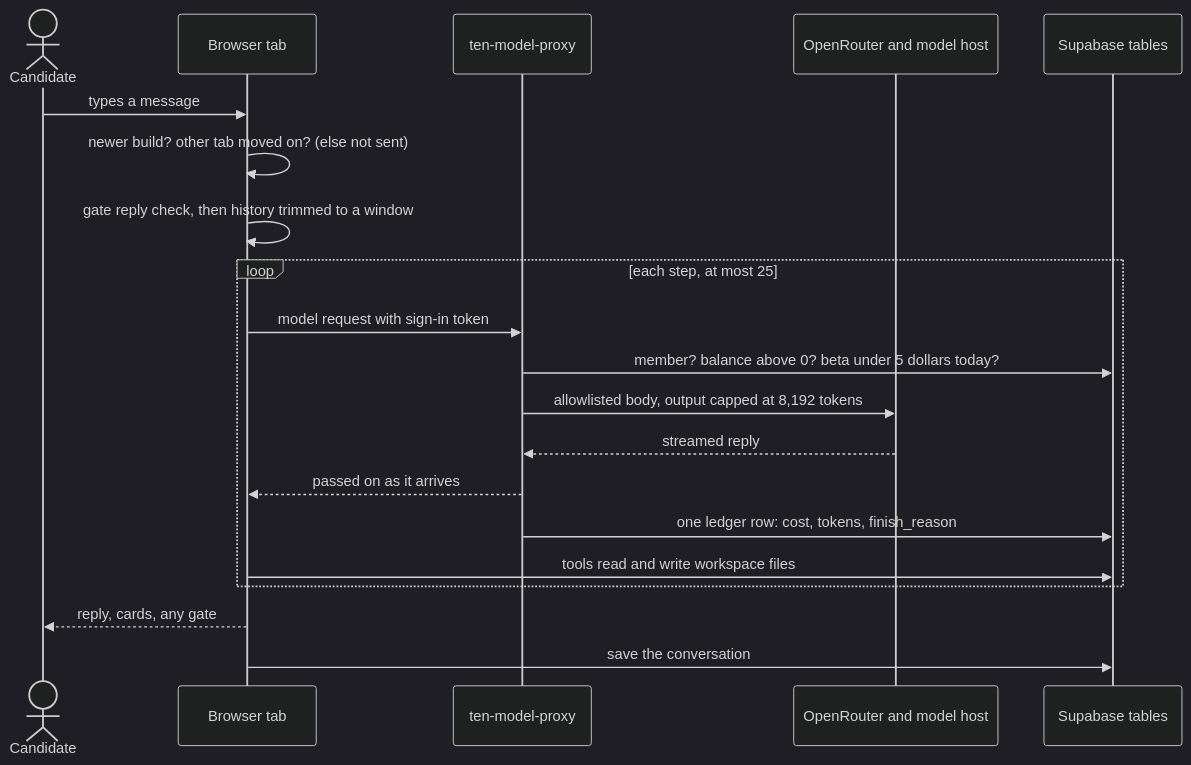
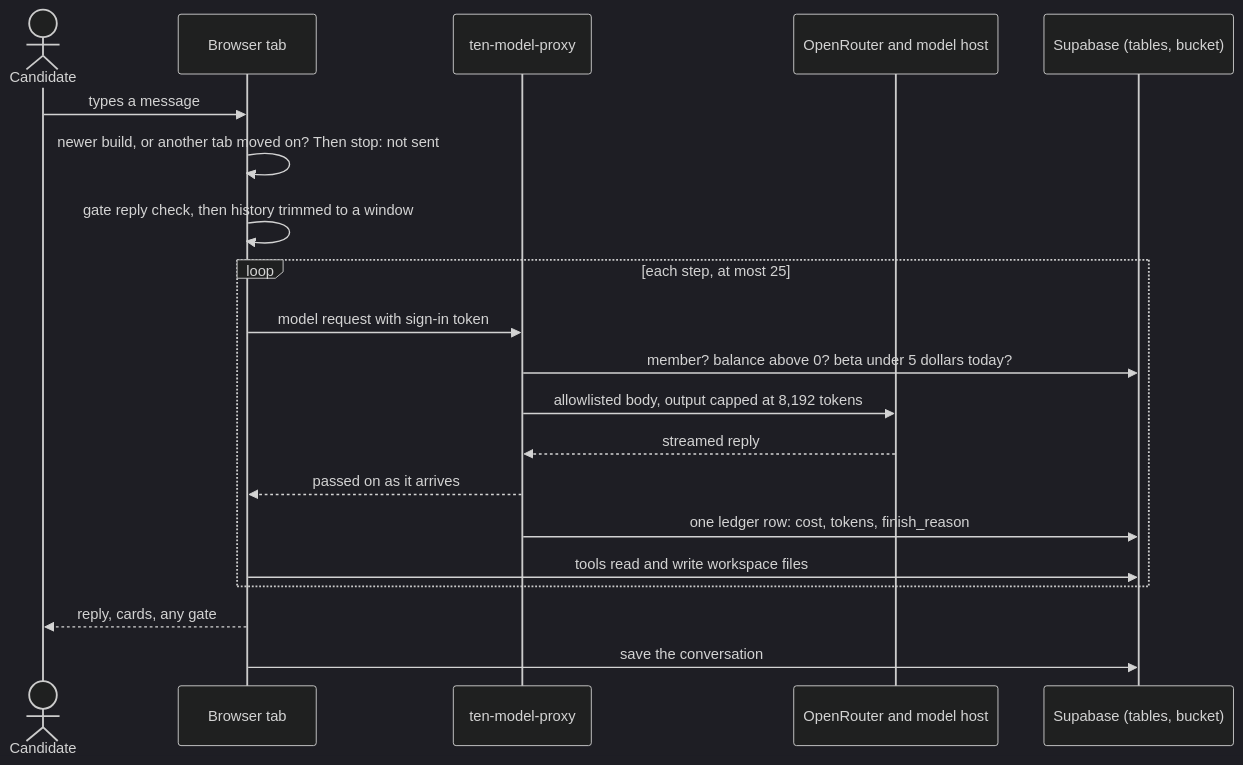
The second of 6 diagrams in docs/ARCHITECTURE.md (tydev-new/10xjobs-careercoach), drawn with Mermaid (dark theme) before and after one commit. The commit also changed other lines of this file, not shown here.

First line of the commit message:
docs(ARCHITECTURE): fix round 1 — honest money bounds, glossary, who reads what

````diff
--- a/docs/ARCHITECTURE.md
+++ b/docs/ARCHITECTURE.md
@@ -85,22 +126,22 @@
 ```mermaid
 sequenceDiagram
   actor C as Candidate
   participant T as Browser tab
   participant P as ten-model-proxy
   participant M as OpenRouter and model host
-  participant D as Supabase tables
+  participant D as Supabase (tables, bucket)
   C->>T: types a message
-  T->>T: newer build? other tab moved on? (else not sent)
+  T->>T: newer build, or another tab moved on? Then stop: not sent
   T->>T: gate reply check, then history trimmed to a window
   loop each step, at most 25
     T->>P: model request with sign-in token
     P->>D: member? balance above 0? beta under 5 dollars today?
     P->>M: allowlisted body, output capped at 8,192 tokens
     M-->>P: streamed reply
     P-->>T: passed on as it arrives
     P->>D: one ledger row: cost, tokens, finish_reason
     T->>D: tools read and write workspace files
   end
   T-->>C: reply, cards, any gate
   T->>D: save the conversation
 ```
````
